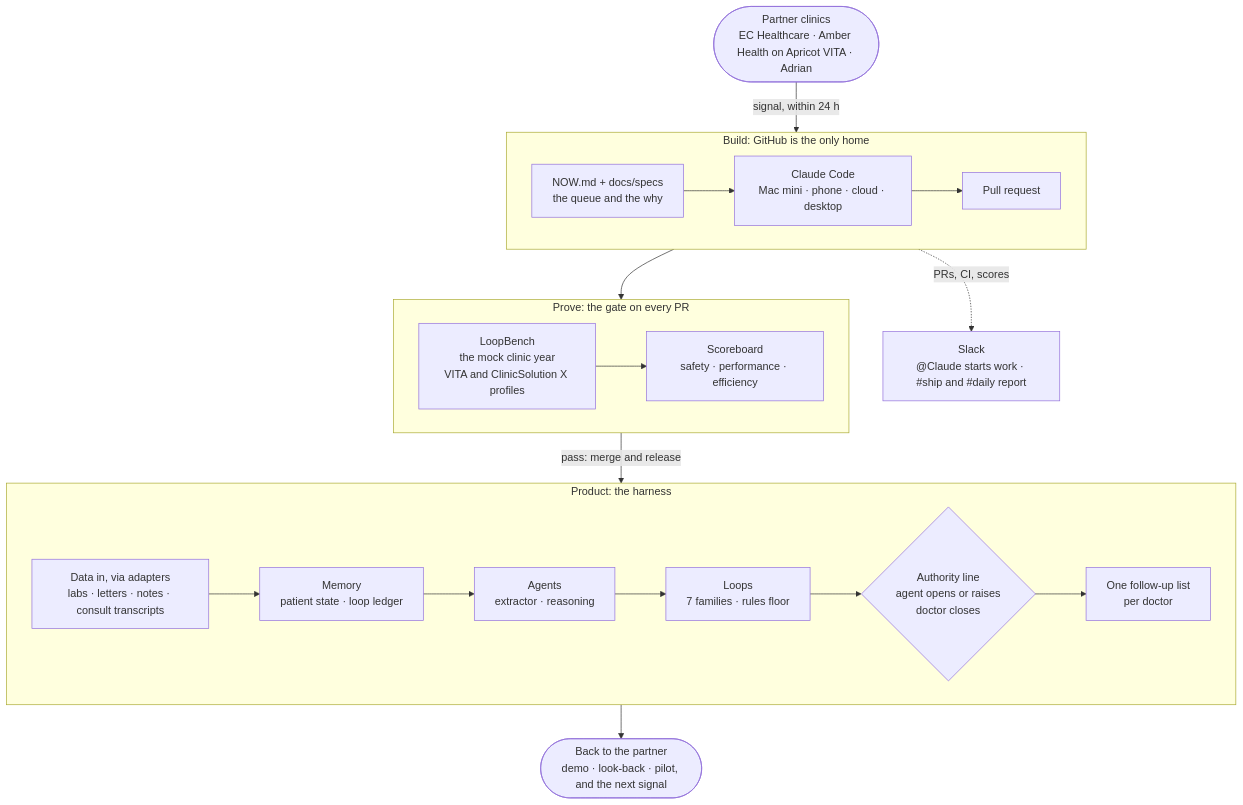
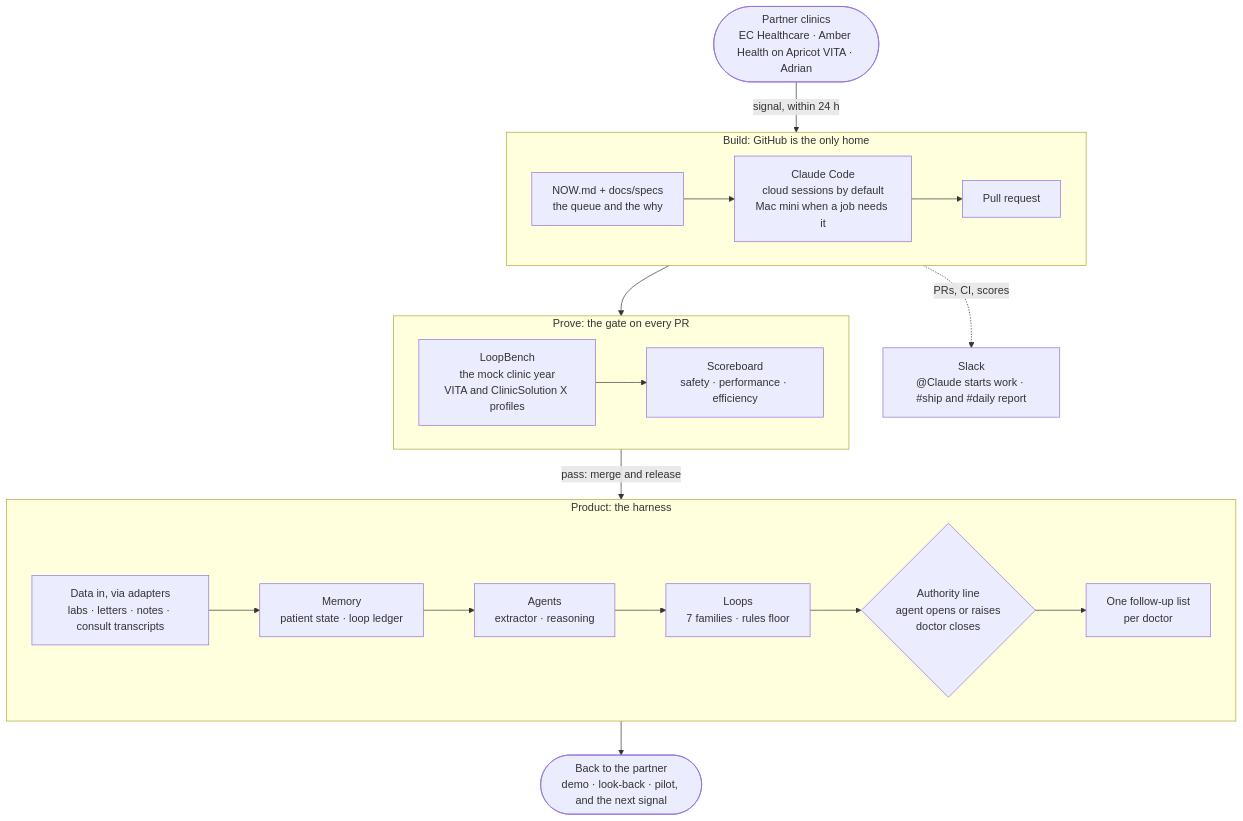
Before and after one commit to flytonewyork/harness: the diagram in docs/OPERATING_SYSTEM.md, drawn with Mermaid. The commit also changed other lines of this file and 4 other files, not shown here.

First line of the commit message:
Cloud sessions by default; the Mac mini only when a job needs it

````diff
--- a/docs/OPERATING_SYSTEM.md
+++ b/docs/OPERATING_SYSTEM.md
@@ -20,27 +20,27 @@
 ```mermaid
 flowchart TB
     P(["Partner clinics<br/>EC Healthcare · Amber Health on Apricot VITA · Adrian"])
 
     subgraph BUILD ["Build: GitHub is the only home"]
         direction LR
-        Q["NOW.md + docs/specs<br/>the queue and the why"] --> CC["Claude Code<br/>Mac mini · phone · cloud · desktop"] --> PR["Pull request"]
+        Q["NOW.md + docs/specs<br/>the queue and the why"] --> CC["Claude Code<br/>cloud sessions by default<br/>Mac mini when a job needs it"] --> PR["Pull request"]
     end
 
     subgraph PROVE ["Prove: the gate on every PR"]
         direction LR
         LB["LoopBench<br/>the mock clinic year<br/>VITA and ClinicSolution X profiles"] --> SB["Scoreboard<br/>safety · performance · efficiency"]
     end
 
     subgraph PRODUCT ["Product: the harness"]
         direction LR
         D["Data in, via adapters<br/>labs · letters · notes · consult transcripts"] --> M["Memory<br/>patient state · loop ledger"] --> AG["Agents<br/>extractor · reasoning"] --> L["Loops<br/>7 families · rules floor"] --> AU{"Authority line<br/>agent opens or raises<br/>doctor closes"} --> UI["One follow-up list<br/>per doctor"]
     end
 
     P2(["Back to the partner<br/>demo · look-back · pilot, and the next signal"])
 
     P -- "signal, within 24 h" --> Q
     PR --> LB
     SB -- "pass: merge and release" --> D
     UI --> P2
     PR -. "PRs, CI, scores" .-> SL["Slack<br/>@Claude starts work · #ship and #daily report"]
 ```
````
